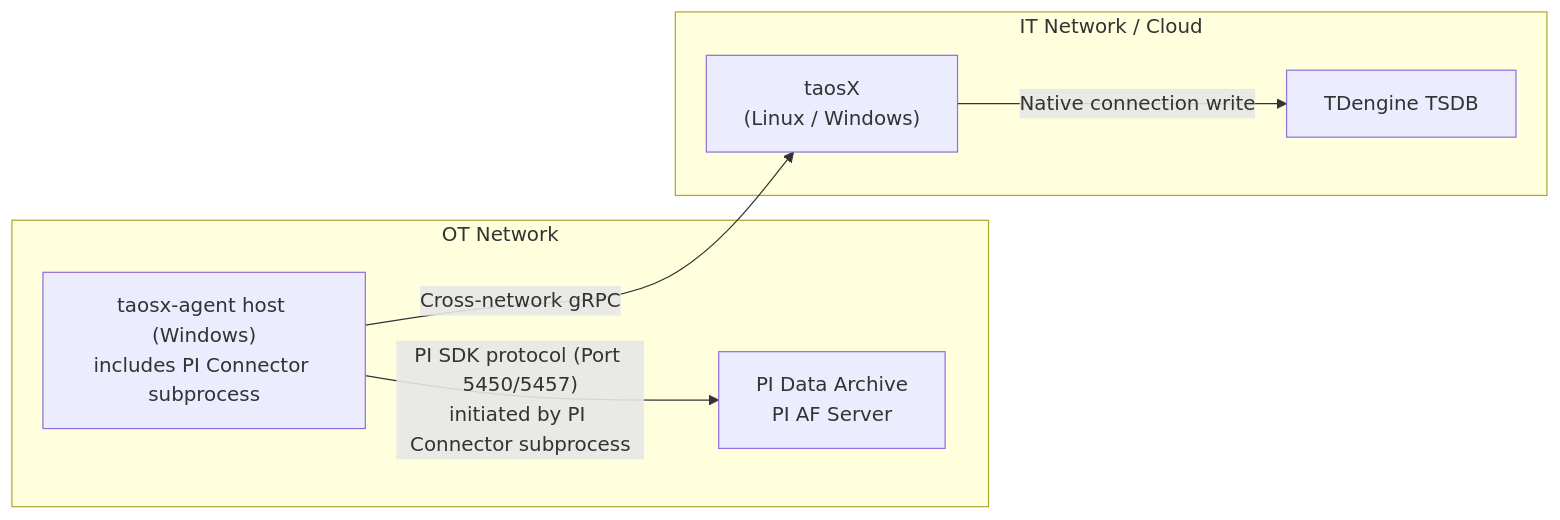
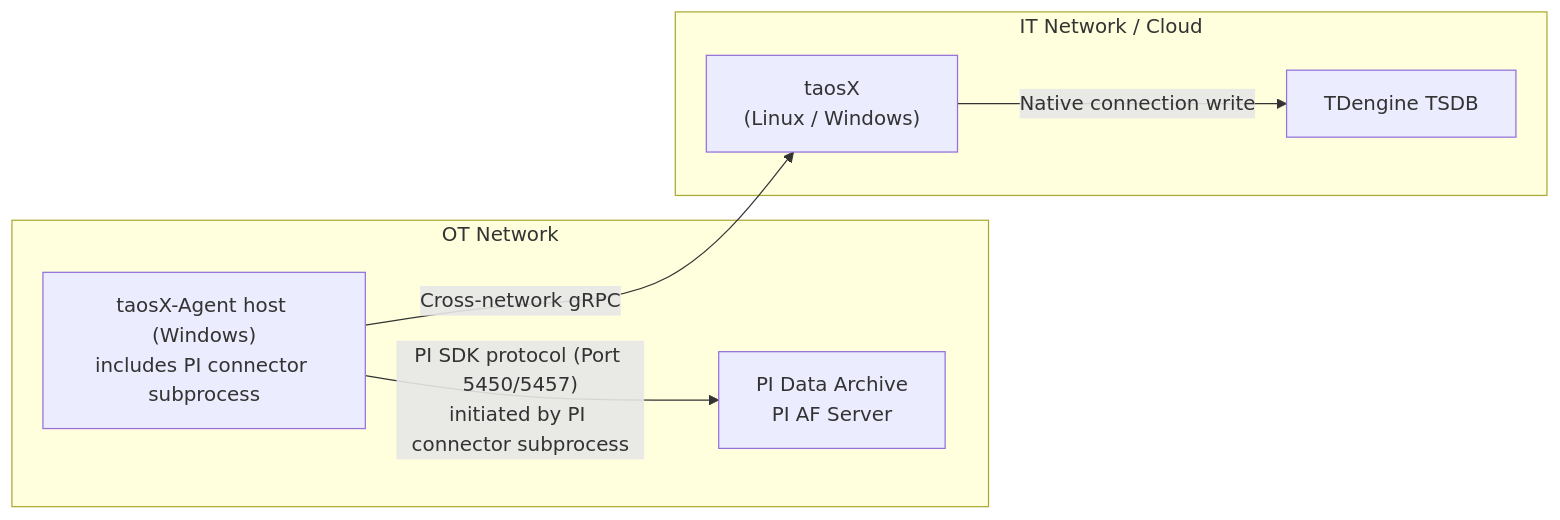
The second of 3 diagrams in docs/en/08-data-ingest-and-delivery/01-no-code-ingestion/04-pi/02-deployment-architecture.md (taosdata/TDengine), drawn with Mermaid before and after one commit. The commit also changed other lines of this file and 35 other files, not shown here.

````diff
--- a/docs/en/08-data-ingest-and-delivery/01-no-code-ingestion/04-pi/02-deployment-architecture.md
+++ b/docs/en/08-data-ingest-and-delivery/01-no-code-ingestion/04-pi/02-deployment-architecture.md
@@ -50,14 +50,14 @@
 ```mermaid
 graph LR
     subgraph OT["OT Network"]
         PI["PI Data Archive<br/>PI AF Server"]
-        AG["taosx-agent host (Windows)<br/>includes PI Connector subprocess"]
+        AG["taosX-Agent host (Windows)<br/>includes PI connector subprocess"]
     end
     subgraph IT["IT Network / Cloud"]
         TX["taosX<br/>(Linux / Windows)"]
         TD["TDengine TSDB"]
     end
-    AG -- "PI SDK protocol (Port 5450/5457)<br/>initiated by PI Connector subprocess" --> PI
+    AG -- "PI SDK protocol (Port 5450/5457)<br/>initiated by PI connector subprocess" --> PI
     AG -- "Cross-network gRPC" --> TX
     TX -- "Native connection write" --> TD
 ```
````
